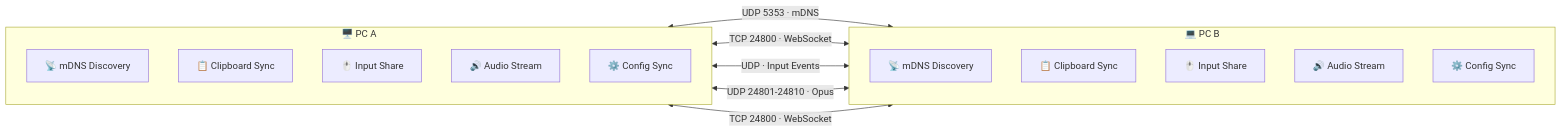
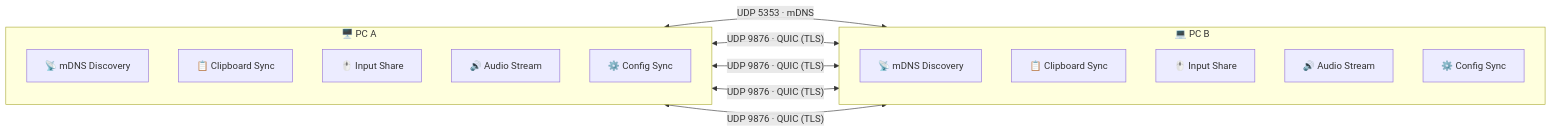
Before and after one commit to ChronosXCore/pc-conector: the first of 2 diagrams in docs/ARCHITECTURE.md, drawn with Mermaid. The commit also changed other lines of this file and 4 other files, not shown here.

````diff
--- a/docs/ARCHITECTURE.md
+++ b/docs/ARCHITECTURE.md
@@ -27,26 +27,26 @@
 ```mermaid
 graph LR
     subgraph PCA["🖥️ PC A"]
         direction TB
         A_DISC["📡 mDNS Discovery"]
         A_CLIP["📋 Clipboard Sync"]
         A_INP["🖱️ Input Share"]
         A_AUD["🔊 Audio Stream"]
         A_CFG["⚙️ Config Sync"]
     end
 
     subgraph PCB["💻 PC B"]
         direction TB
         B_DISC["📡 mDNS Discovery"]
         B_CLIP["📋 Clipboard Sync"]
         B_INP["🖱️ Input Share"]
         B_AUD["🔊 Audio Stream"]
         B_CFG["⚙️ Config Sync"]
     end
 
     A_DISC <-->|"UDP 5353 · mDNS"| B_DISC
-    A_CLIP <-->|"TCP 24800 · WebSocket"| B_CLIP
-    A_INP  <-->|"UDP · Input Events"| B_INP
-    A_AUD  <-->|"UDP 24801-24810 · Opus"| B_AUD
-    A_CFG  <-->|"TCP 24800 · WebSocket"| B_CFG
+    A_CLIP <-->|"UDP 9876 · QUIC (TLS)"| B_CLIP
+    A_INP  <-->|"UDP 9876 · QUIC (TLS)"| B_INP
+    A_AUD  <-->|"UDP 9876 · QUIC (TLS)"| B_AUD
+    A_CFG  <-->|"UDP 9876 · QUIC (TLS)"| B_CFG
 ```
````
